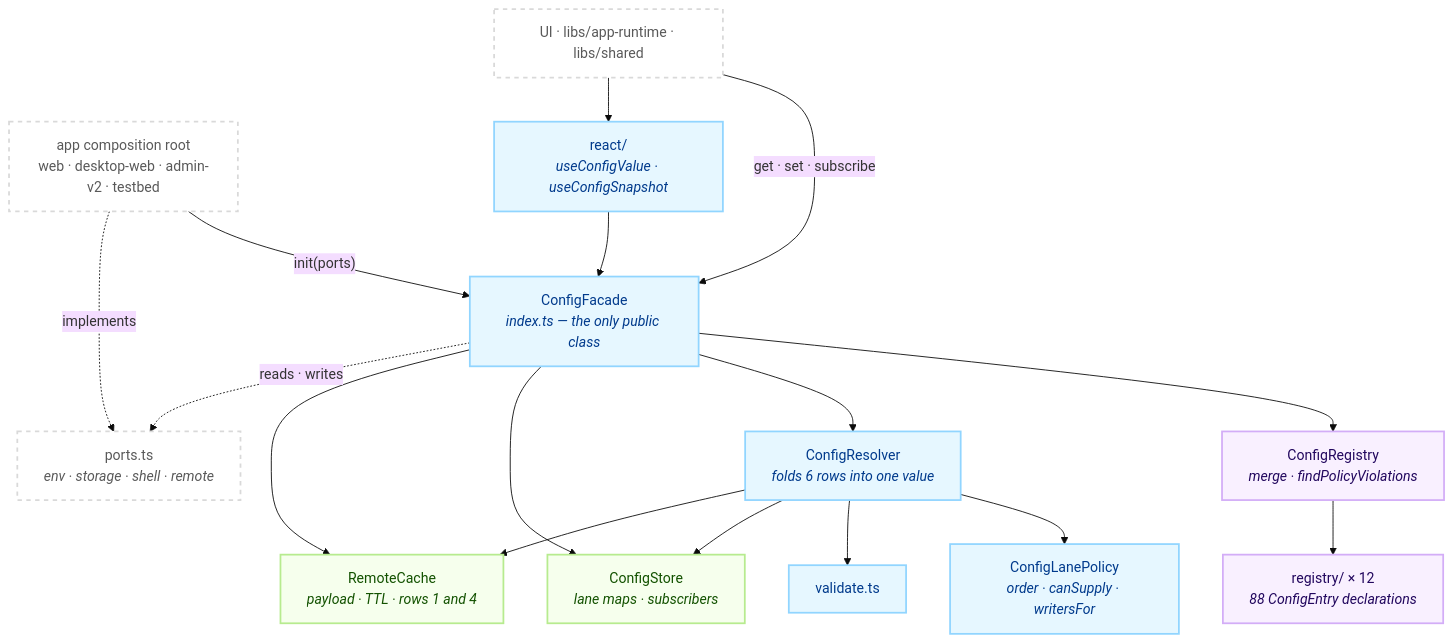
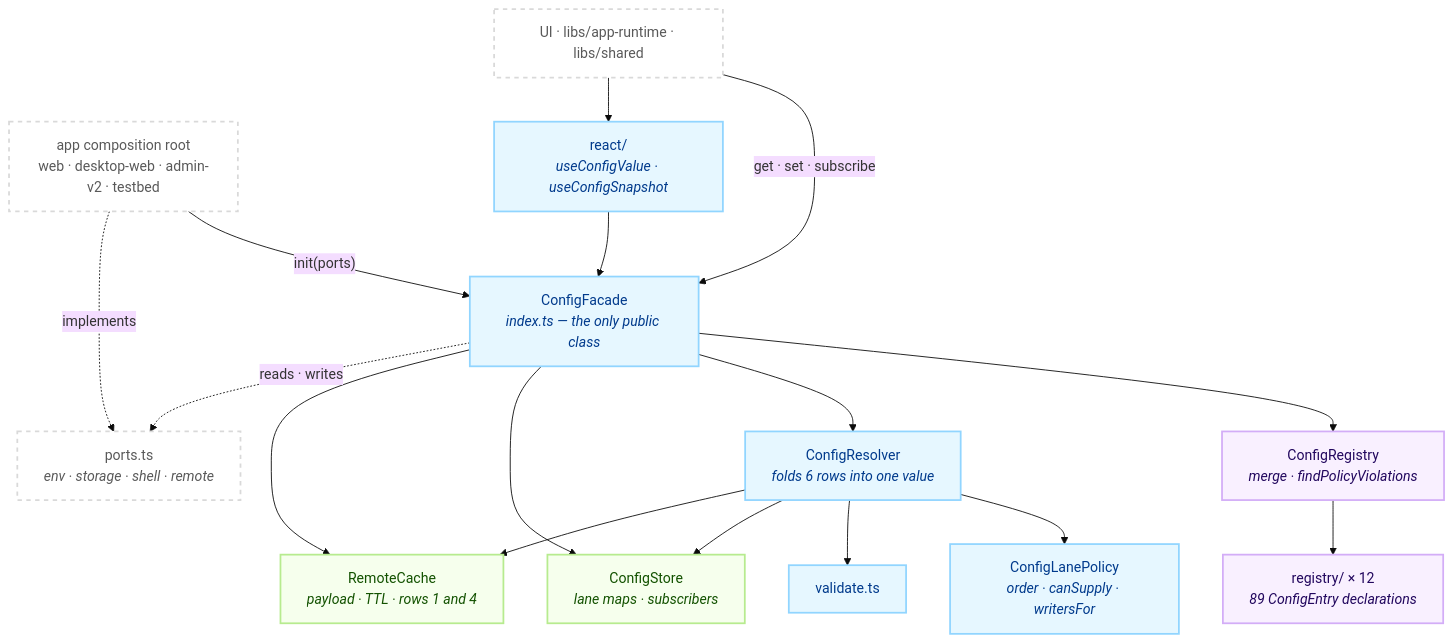
The first of 2 diagrams in libs/config/README.md (lemoncloud-io/dou-app), drawn with Mermaid (base theme) before and after one commit. The commit also changed other lines of this file and 21 other files, not shown here.

````diff
--- a/libs/config/README.md
+++ b/libs/config/README.md
@@ -60,40 +60,40 @@
 ```mermaid
 flowchart TD
     classDef decl fill:#f9f0ff,stroke:#d3adf7,stroke-width:2px,color:#22075e;
     classDef resl fill:#e6f7ff,stroke:#91d5ff,stroke-width:2px,color:#003a8c;
     classDef hold fill:#f6ffed,stroke:#b7eb8f,stroke-width:2px,color:#135200;
     classDef ext fill:#ffffff,stroke:#d9d9d9,stroke-width:2px,color:#595959,stroke-dasharray: 5 5;
 
     App["app composition root<br/>web · desktop-web · admin-v2 · testbed"]:::ext
     UI["UI · libs/app-runtime · libs/shared"]:::ext
 
     Facade["ConfigFacade<br/><i>index.ts — the only public class</i>"]:::resl
     React["react/<br/><i>useConfigValue · useConfigSnapshot</i>"]:::resl
 
     Registry["ConfigRegistry<br/><i>merge · findPolicyViolations</i>"]:::decl
-    Modules["registry/ × 12<br/><i>88 ConfigEntry declarations</i>"]:::decl
+    Modules["registry/ × 12<br/><i>89 ConfigEntry declarations</i>"]:::decl
 
     Resolver["ConfigResolver<br/><i>folds 6 rows into one value</i>"]:::resl
     Policy["ConfigLanePolicy<br/><i>order · canSupply · writersFor</i>"]:::resl
     Validate["validate.ts"]:::resl
 
     Store["ConfigStore<br/><i>lane maps · subscribers</i>"]:::hold
     Remote["RemoteCache<br/><i>payload · TTL · rows 1 and 4</i>"]:::hold
 
     Ports["ports.ts<br/><i>env · storage · shell · remote</i>"]:::ext
 
     App -->|"init(ports)"| Facade
     UI -->|"get · set · subscribe"| Facade
     UI --> React
     React --> Facade
     Facade --> Registry --> Modules
     Facade --> Resolver
     Facade --> Store
     Facade --> Remote
     Resolver --> Policy
     Resolver --> Validate
     Resolver --> Store
     Resolver --> Remote
     Facade -.->|"reads · writes"| Ports
     App -.->|"implements"| Ports
 ```
````
